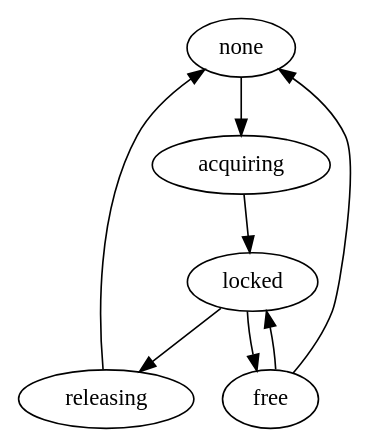
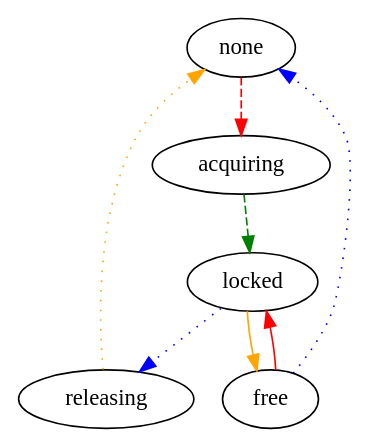
The diagram in lock_client_diagram.dot (nforrester/6.824_labs), drawn with Graphviz before and after one commit. The commit also changed 2 other files, not shown here.

```diff
--- a/lock_client_diagram.dot
+++ b/lock_client_diagram.dot
@@ -1,6 +1,9 @@
 digraph Client {
-	none -> acquiring -> locked;
-	locked -> releasing -> none;
-	locked -> free -> none;
-	free -> locked;
+	none -> acquiring [color=red, style=dashed];
+	acquiring -> locked [color=green, style=dashed];
+	locked -> releasing [color=blue, style=dotted];
+	releasing -> none [color=orange, style=dotted];
+	free -> none [color=blue, style=dotted];
+	locked -> free [color=orange];
+	free -> locked [color=red];
 }
```
